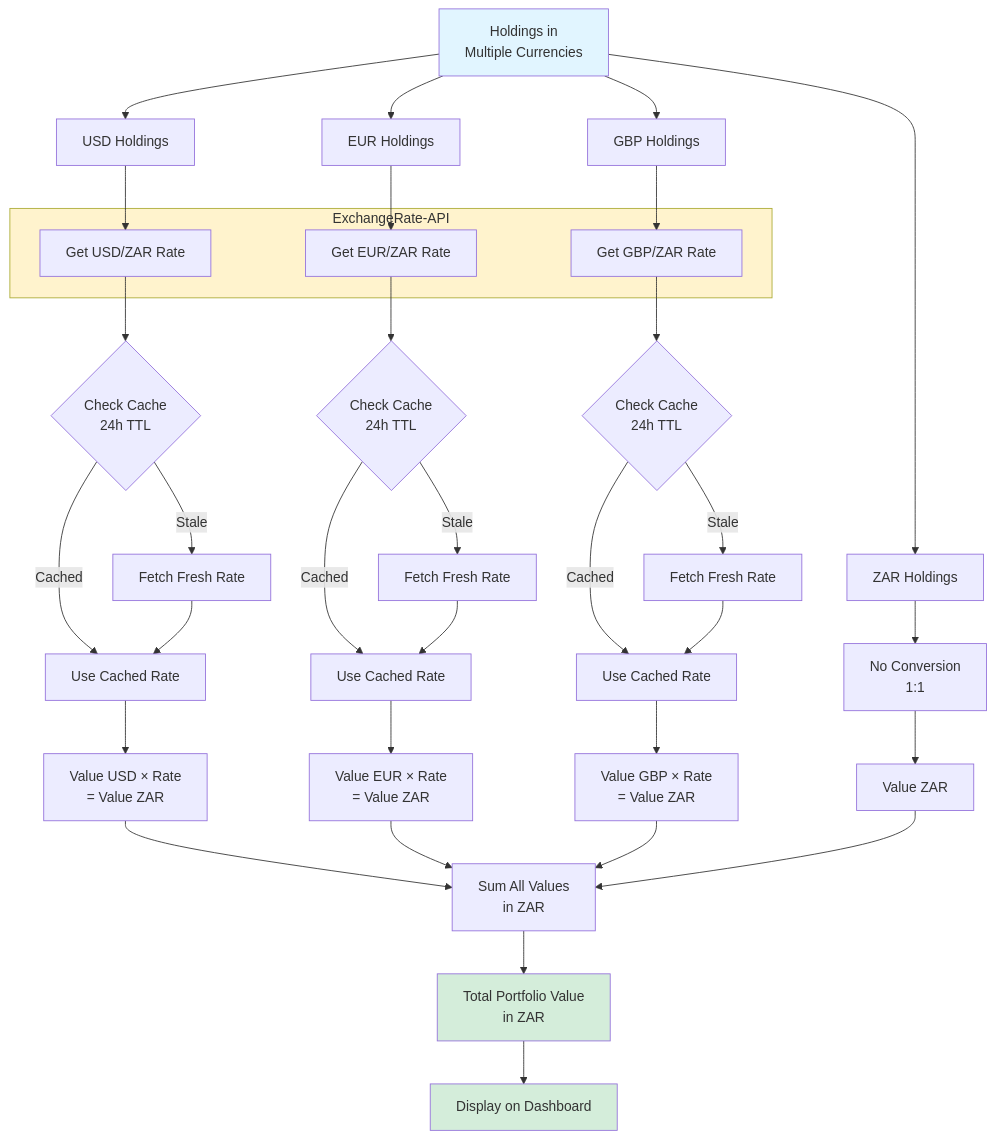
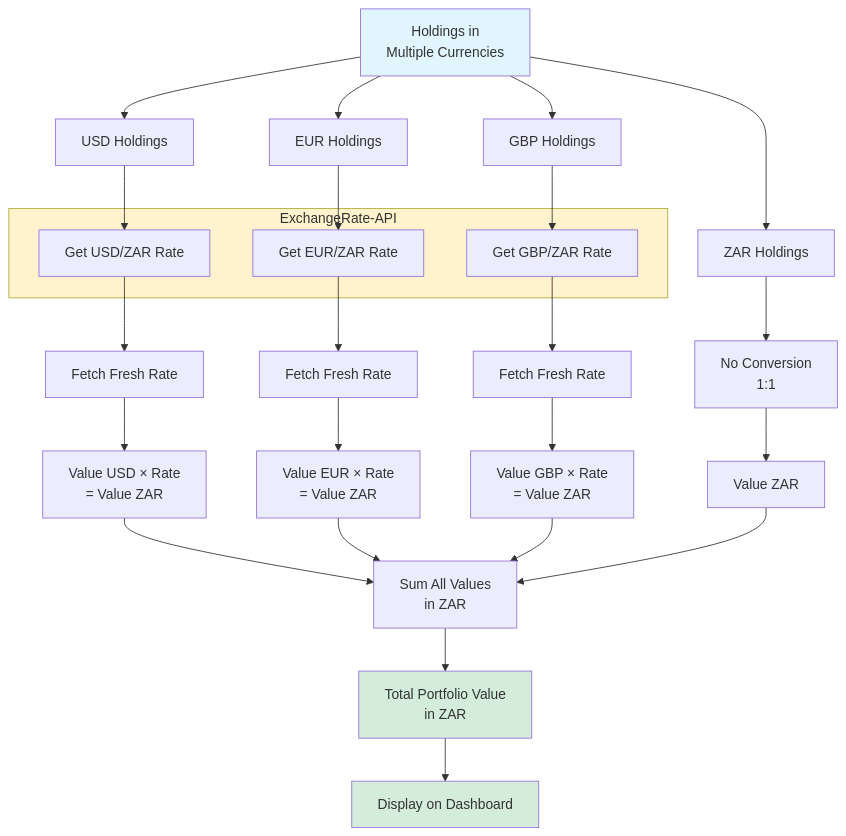
Before and after one commit to marcelrienks/Prosperity: the ninth of 12 diagrams in docs/diagrams/data-flow.md, drawn with Mermaid. The commit also changed other lines of this file and 7 other files, not shown here.

````diff
--- a/docs/diagrams/data-flow.md
+++ b/docs/diagrams/data-flow.md
@@ -307,55 +423,43 @@
 ```mermaid
 flowchart TB
     Holdings[Holdings in<br/>Multiple Currencies]
     
     Holdings --> USD[USD Holdings]
     Holdings --> EUR[EUR Holdings]
     Holdings --> GBP[GBP Holdings]
     Holdings --> ZAR[ZAR Holdings]
     
     USD --> API1[Get USD/ZAR Rate]
     EUR --> API2[Get EUR/ZAR Rate]
     GBP --> API3[Get GBP/ZAR Rate]
     ZAR --> Direct[No Conversion<br/>1:1]
     
     subgraph ExternalAPI["ExchangeRate-API"]
         API1
         API2
         API3
     end
     
-    API1 --> Cache1{Check Cache<br/>24h TTL}
-    API2 --> Cache2{Check Cache<br/>24h TTL}
-    API3 --> Cache3{Check Cache<br/>24h TTL}
-    
-    Cache1 -->|Cached| Rate1[Use Cached Rate]
-    Cache1 -->|Stale| Fetch1[Fetch Fresh Rate]
-    Fetch1 --> Rate1
-    
-    Cache2 -->|Cached| Rate2[Use Cached Rate]
-    Cache2 -->|Stale| Fetch2[Fetch Fresh Rate]
-    Fetch2 --> Rate2
-    
-    Cache3 -->|Cached| Rate3[Use Cached Rate]
-    Cache3 -->|Stale| Fetch3[Fetch Fresh Rate]
-    Fetch3 --> Rate3
+    API1 --> Rate1[Fetch Fresh Rate]
+    API2 --> Rate2[Fetch Fresh Rate]
+    API3 --> Rate3[Fetch Fresh Rate]
     
     Rate1 --> Convert1[Value USD × Rate<br/>= Value ZAR]
     Rate2 --> Convert2[Value EUR × Rate<br/>= Value ZAR]
     Rate3 --> Convert3[Value GBP × Rate<br/>= Value ZAR]
     Direct --> Convert4[Value ZAR]
     
     Convert1 --> Sum[Sum All Values<br/>in ZAR]
     Convert2 --> Sum
     Convert3 --> Sum
     Convert4 --> Sum
     
     Sum --> Total[Total Portfolio Value<br/>in ZAR]
     
     Total --> Dashboard[Display on Dashboard]
 
     style Holdings fill:#e1f5ff
     style ExternalAPI fill:#fff3cd
     style Total fill:#d4edda
     style Dashboard fill:#d4edda
 ```
````
